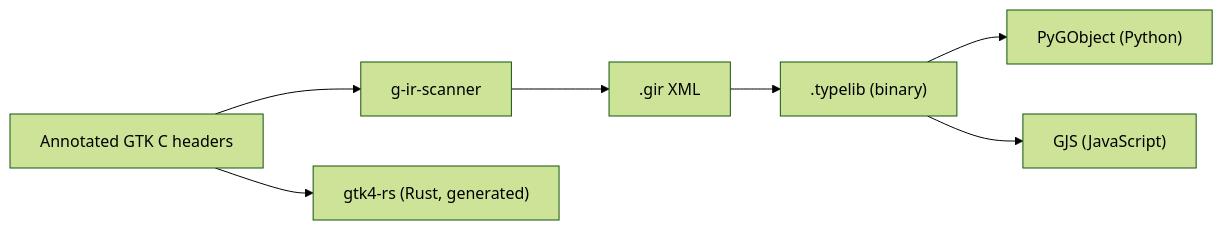
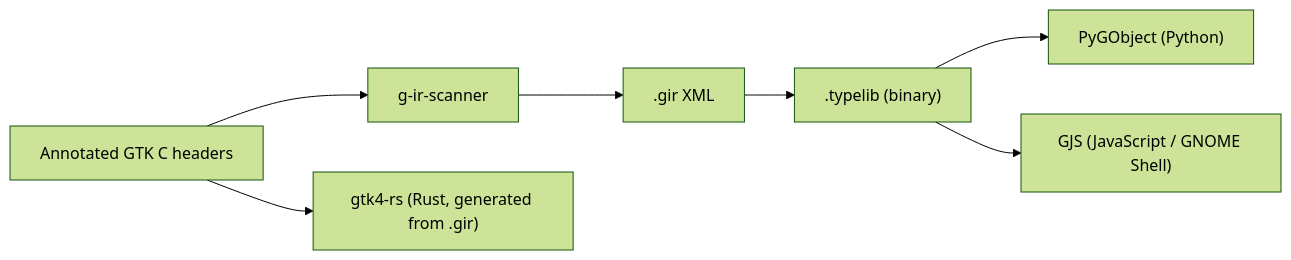
One commit to jreuben11/linux-graphics-stack-book changed the seventh of 9 diagrams in chapters/part-07c-desktop-frameworks/ch39c-gtk4.md. Above: the diagram before and after it, drawn with Mermaid (forest theme). The commit also changed other lines of this file, not shown here.

First line of the commit message:
ch39c: expand GObject internals, GLib utilities, gtk4-rs Rust support, and GTK programming guide

````diff
--- a/chapters/part-07c-desktop-frameworks/ch39c-gtk4.md
+++ b/chapters/part-07c-desktop-frameworks/ch39c-gtk4.md
@@ -826,9 +1324,9 @@
 ```mermaid
 graph LR
     Headers["Annotated GTK C headers"] --> Scanner["g-ir-scanner"]
     Scanner --> Gir[".gir XML"]
     Gir --> Typelib[".typelib (binary)"]
     Typelib --> PyGObject["PyGObject (Python)"]
-    Typelib --> GJS["GJS (JavaScript)"]
-    Headers --> gtkrs["gtk4-rs (Rust, generated)"]
+    Typelib --> GJS["GJS (JavaScript / GNOME Shell)"]
+    Headers --> gtkrs["gtk4-rs (Rust, generated from .gir)"]
 ```
````
